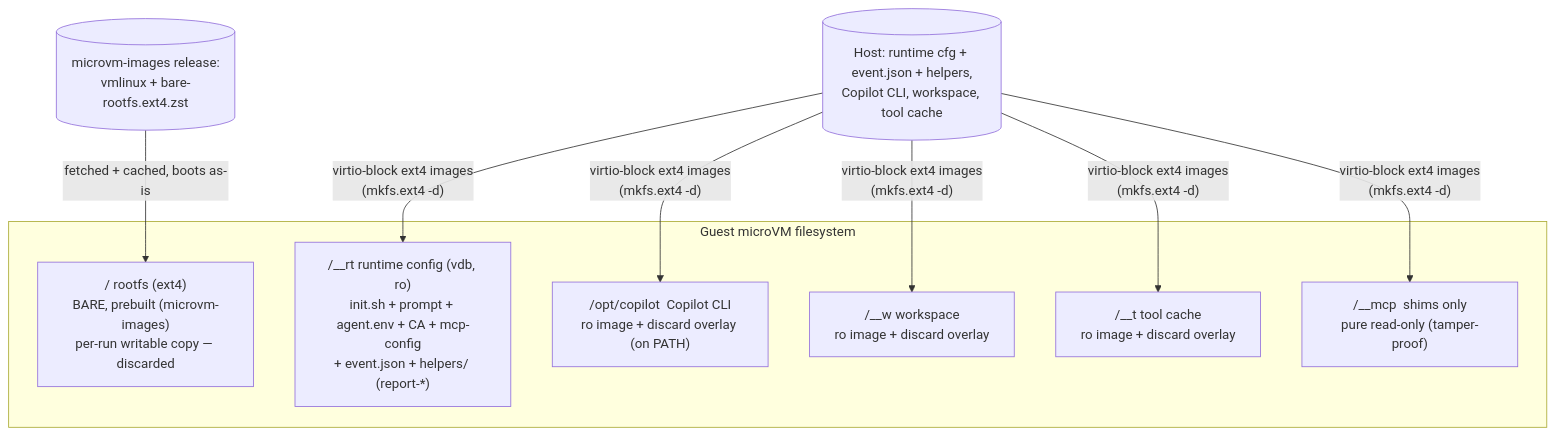
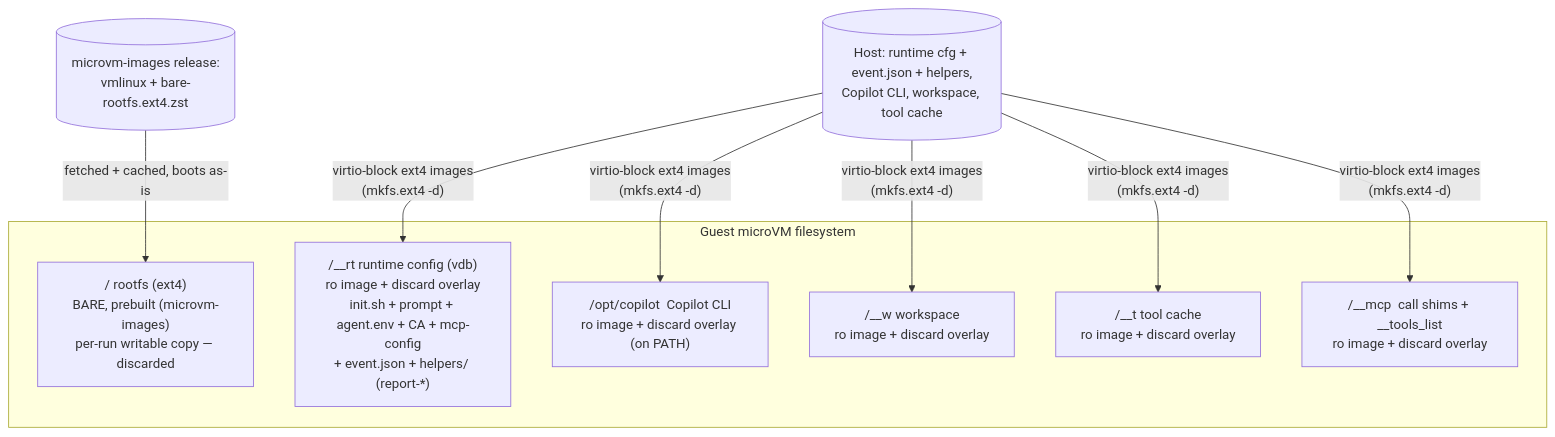
The sixth of 7 diagrams in docs/architecture.md (ericsciple/microvm-agent), drawn with Mermaid before and after one commit. The commit also changed other lines of this file and 4 other files, not shown here.

First line of the commit message:
Make all guest mounts writable discard overlays (no purely read-only mounts)

````diff
--- a/docs/architecture.md
+++ b/docs/architecture.md
@@ -233,13 +237,13 @@
 ```mermaid
 flowchart TB
   subgraph VM["Guest microVM filesystem"]
     ROOT["/ rootfs (ext4)<br/>BARE, prebuilt (microvm-images)<br/>per-run writable copy — discarded"]
-    RT["/__rt runtime config (vdb, ro)<br/>init.sh + prompt + agent.env + CA + mcp-config<br/>+ event.json + helpers/ (report-*)"]
+    RT["/__rt runtime config (vdb)<br/>ro image + discard overlay<br/>init.sh + prompt + agent.env + CA + mcp-config<br/>+ event.json + helpers/ (report-*)"]
     CP["/opt/copilot  Copilot CLI<br/>ro image + discard overlay (on PATH)"]
     W["/__w  workspace<br/>ro image + discard overlay"]
     T["/__t  tool cache<br/>ro image + discard overlay"]
-    MCP["/__mcp  shims only<br/>pure read-only (tamper-proof)"]
+    MCP["/__mcp  call shims + __tools_list<br/>ro image + discard overlay"]
   end
   IMAGES[("microvm-images release:<br/>vmlinux + bare-rootfs.ext4.zst")] -->|fetched + cached, boots as-is| ROOT
   HOSTFS[("Host: runtime cfg + event.json + helpers,<br/>Copilot CLI, workspace, tool cache")] -->|"virtio-block ext4 images<br/>(mkfs.ext4 -d)"| RT & CP & W & T & MCP
 ```
````
